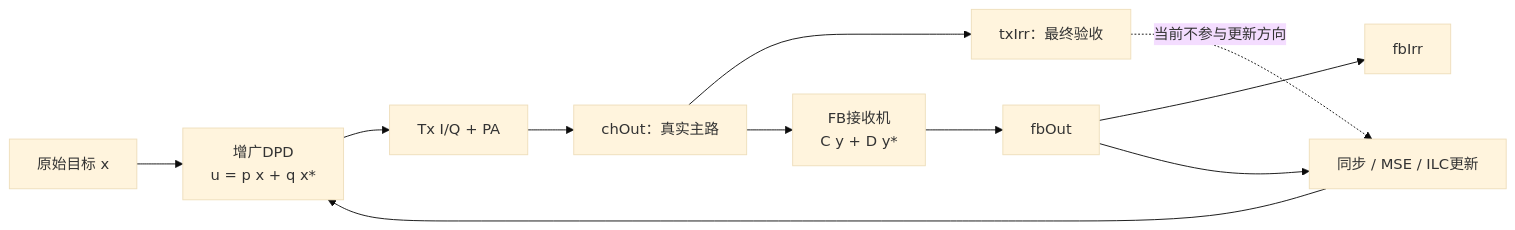
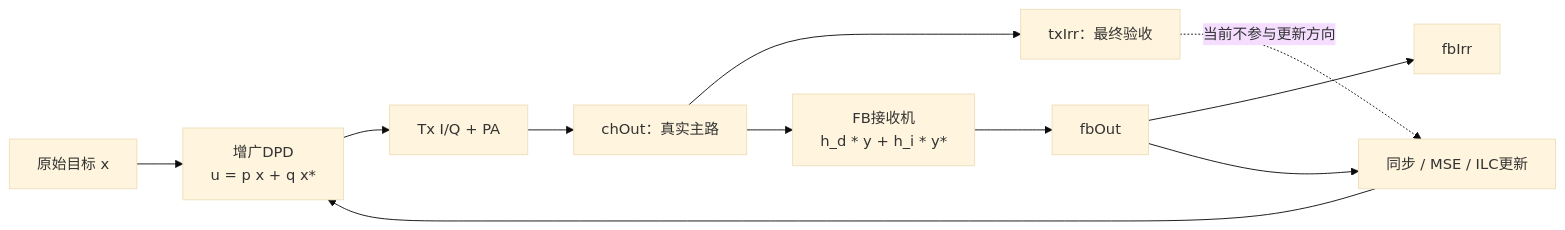
One commit to niyilu45/DPD_ILC changed the third of 5 diagrams in doc/FAQ.md. Above: the diagram before and after it, drawn with Mermaid (base theme). The commit also changed other lines of this file and 6 other files, not shown here.

````diff
--- a/doc/FAQ.md
+++ b/doc/FAQ.md
@@ -1389,13 +1444,13 @@
 ```mermaid
 flowchart LR
     target["原始目标 x"] --> dpd["增广DPD<br/>u = p x + q x*"]
     dpd --> txPa["Tx I/Q + PA"]
     txPa --> channelOutput["chOut：真实主路"]
     channelOutput --> txMetric["txIrr：最终验收"]
-    channelOutput --> fbIq["FB接收机<br/>C y + D y*"]
+    channelOutput --> fbIq["FB接收机<br/>h_d * y + h_i * y*"]
     fbIq --> feedbackOutput["fbOut"]
     feedbackOutput --> fbMetric["fbIrr"]
     feedbackOutput --> update["同步 / MSE / ILC更新"]
     update --> dpd
     txMetric -. "当前不参与更新方向" .-> update
 ```
````
